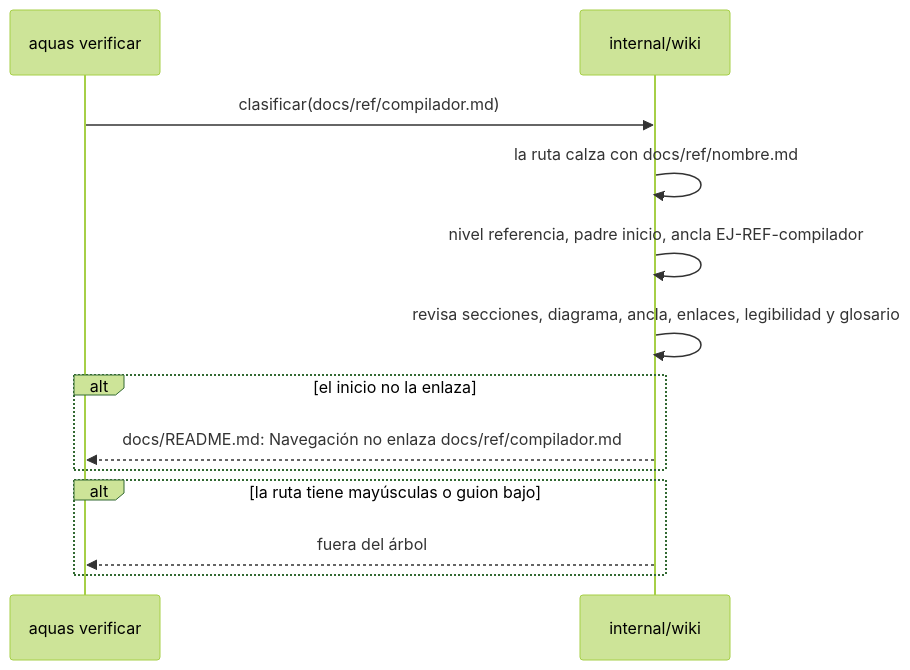
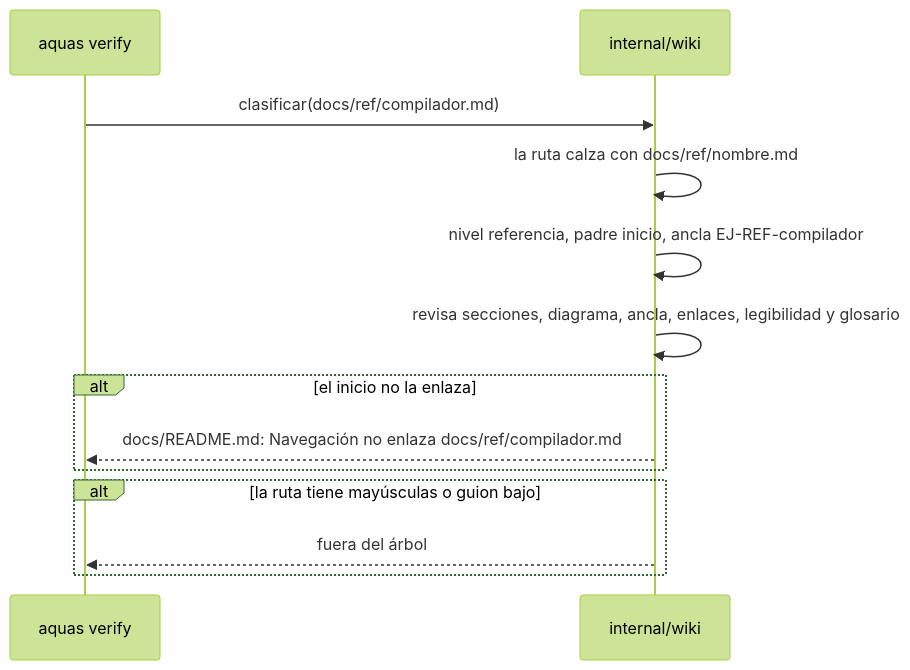
Before and after one commit to jliberal-aquas/aquas-central-harness-government: the first of 2 diagrams in docs/E001/F001/S003.md, drawn with Mermaid (forest theme). The commit also changed other lines of this file and 184 other files, not shown here.

````diff
--- a/docs/E001/F001/S003.md
+++ b/docs/E001/F001/S003.md
@@ -52,15 +52,15 @@
 ```mermaid
 sequenceDiagram
-    participant V as aquas verificar
+    participant V as aquas verify
     participant W as internal/wiki
     V->>W: clasificar(docs/ref/compilador.md)
     W->>W: la ruta calza con docs/ref/nombre.md
     W->>W: nivel referencia, padre inicio, ancla EJ-REF-compilador
     W->>W: revisa secciones, diagrama, ancla, enlaces, legibilidad y glosario
     alt el inicio no la enlaza
         W-->>V: docs/README.md: Navegación no enlaza docs/ref/compilador.md
     end
     alt la ruta tiene mayúsculas o guion bajo
         W-->>V: fuera del árbol
     end
 ```
````
